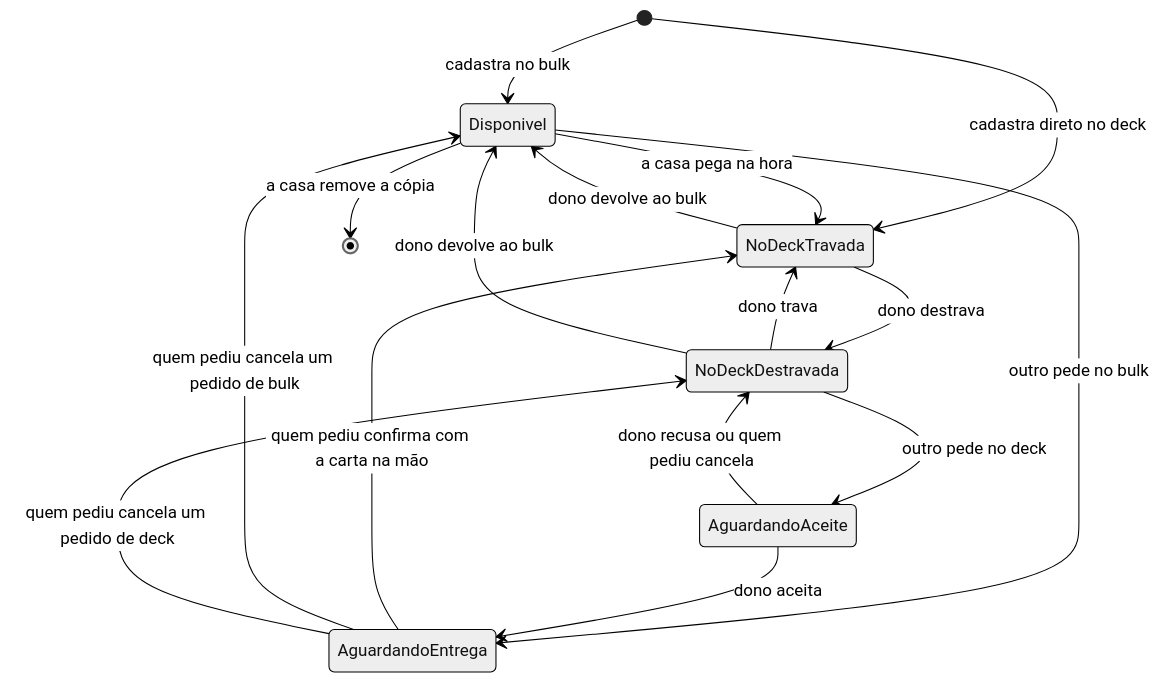
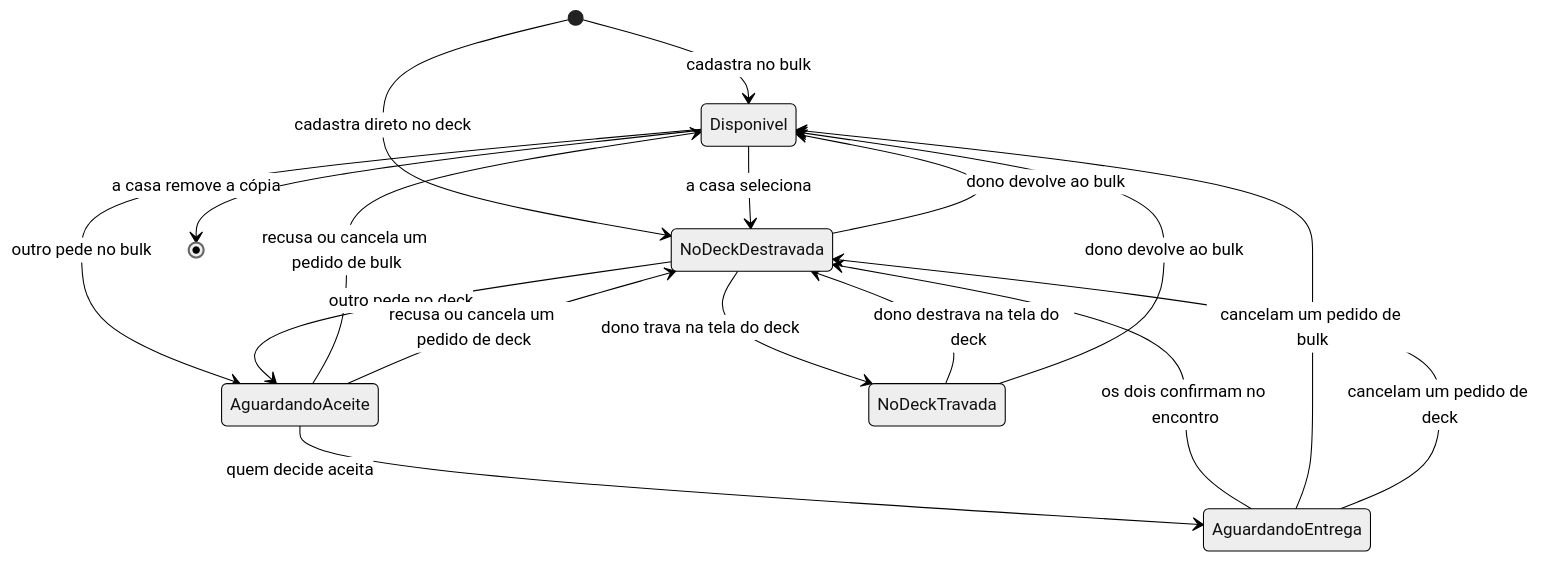
One commit to dornellesfr/Bulkados changed the diagram in backend/docs/spec-backend.md. Above: the diagram before and after it, drawn with Mermaid (neutral theme). The commit also changed other lines of this file and 3 other files, not shown here.

````diff
--- a/backend/docs/spec-backend.md
+++ b/backend/docs/spec-backend.md
@@ -119,18 +119,19 @@
 ```mermaid
 stateDiagram-v2
     [*] --> Disponivel: cadastra no bulk
-    [*] --> NoDeckTravada: cadastra direto no deck
-    Disponivel --> NoDeckTravada: a casa pega na hora
-    Disponivel --> AguardandoEntrega: outro pede no bulk
+    [*] --> NoDeckDestravada: cadastra direto no deck
+    Disponivel --> NoDeckDestravada: a casa seleciona
+    Disponivel --> AguardandoAceite: outro pede no bulk
     NoDeckDestravada --> AguardandoAceite: outro pede no deck
-    AguardandoAceite --> AguardandoEntrega: dono aceita
-    AguardandoAceite --> NoDeckDestravada: dono recusa ou quem pediu cancela
-    AguardandoEntrega --> NoDeckTravada: quem pediu confirma com a carta na mão
-    AguardandoEntrega --> Disponivel: quem pediu cancela um pedido de bulk
-    AguardandoEntrega --> NoDeckDestravada: quem pediu cancela um pedido de deck
-    NoDeckTravada --> NoDeckDestravada: dono destrava
-    NoDeckDestravada --> NoDeckTravada: dono trava
+    AguardandoAceite --> AguardandoEntrega: quem decide aceita
+    AguardandoAceite --> Disponivel: recusa ou cancela um pedido de bulk
+    AguardandoAceite --> NoDeckDestravada: recusa ou cancela um pedido de deck
+    AguardandoEntrega --> NoDeckDestravada: os dois confirmam no encontro
+    AguardandoEntrega --> Disponivel: cancelam um pedido de bulk
+    AguardandoEntrega --> NoDeckDestravada: cancelam um pedido de deck
+    NoDeckTravada --> NoDeckDestravada: dono destrava na tela do deck
+    NoDeckDestravada --> NoDeckTravada: dono trava na tela do deck
     NoDeckTravada --> Disponivel: dono devolve ao bulk
     NoDeckDestravada --> Disponivel: dono devolve ao bulk
     Disponivel --> [*]: a casa remove a cópia
 ```
````
